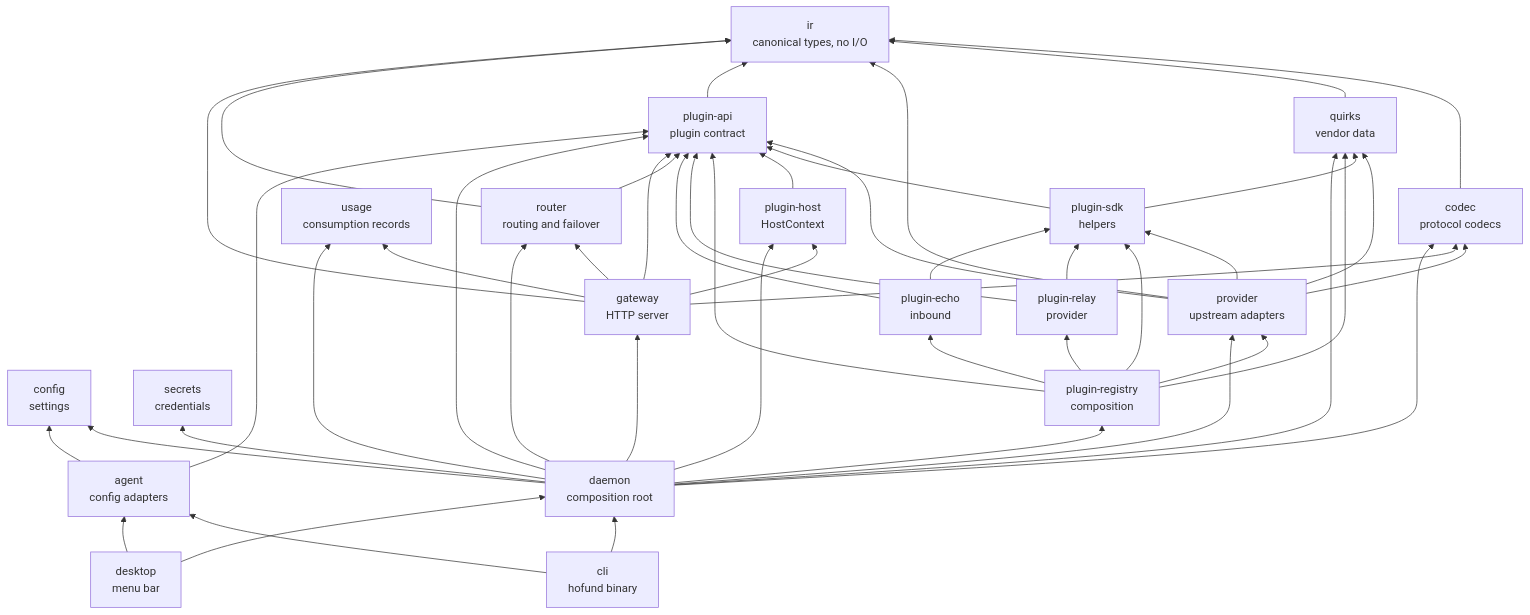
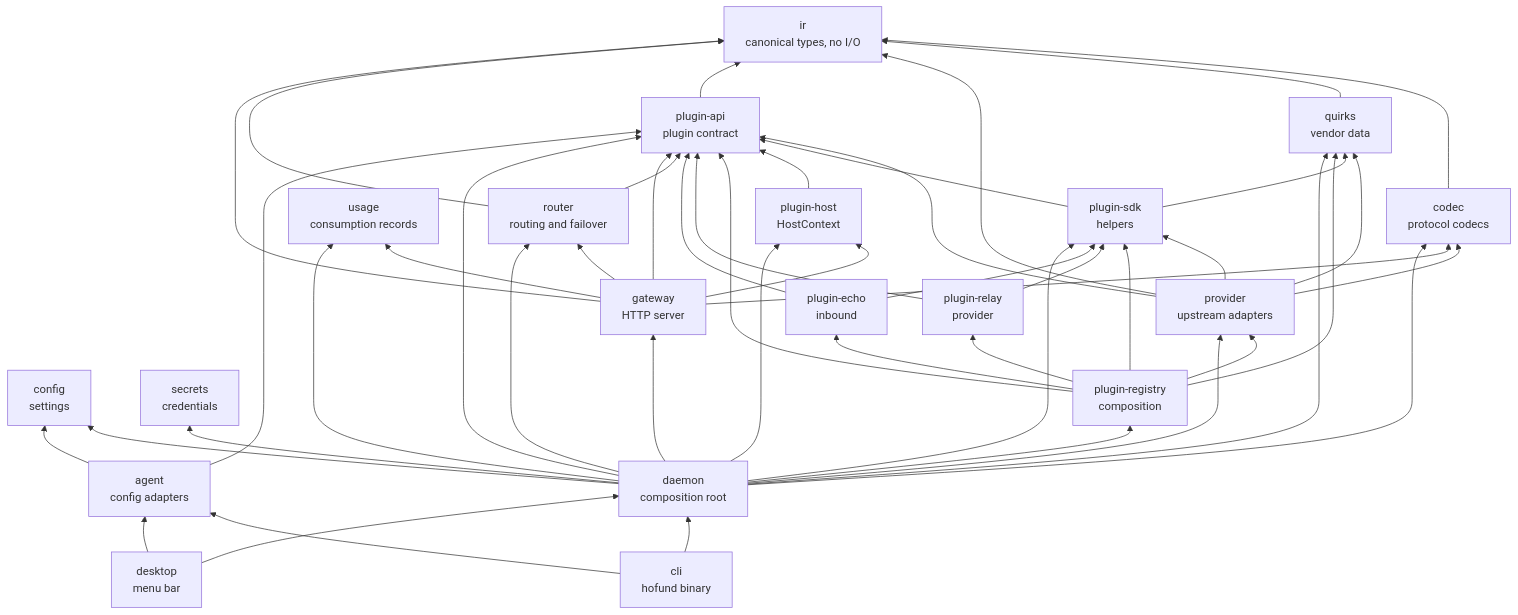
Before and after one commit to logibricks-io/open-heimdall-hofund: the diagram in docs/architecture.md, drawn with Mermaid. The commit also changed other lines of this file and 19 other files, not shown here.

````diff
--- a/docs/architecture.md
+++ b/docs/architecture.md
@@ -37,69 +37,70 @@
 ```mermaid
 flowchart BT
   ir["ir<br/>canonical types, no I/O"]
   codec["codec<br/>protocol codecs"]
   quirks["quirks<br/>vendor data"]
   provider["provider<br/>upstream adapters"]
   router["router<br/>routing and failover"]
   config["config<br/>settings"]
   secrets["secrets<br/>credentials"]
   usage["usage<br/>consumption records"]
   agent["agent<br/>config adapters"]
   pluginApi["plugin-api<br/>plugin contract"]
   pluginSdk["plugin-sdk<br/>helpers"]
   pluginHost["plugin-host<br/>HostContext"]
   pluginRegistry["plugin-registry<br/>composition"]
   pluginRelay["plugin-relay<br/>provider"]
   pluginEcho["plugin-echo<br/>inbound"]
   gateway["gateway<br/>HTTP server"]
   daemon["daemon<br/>composition root"]
   cli["cli<br/>hofund binary"]
   desktop["desktop<br/>menu bar"]
 
   codec --> ir
   quirks --> ir
   provider --> codec
   provider --> ir
   provider --> quirks
   provider --> pluginApi
   provider --> pluginSdk
   pluginApi --> ir
   pluginSdk --> pluginApi
   pluginSdk --> quirks
   pluginHost --> pluginApi
   pluginRegistry --> pluginApi
   pluginRegistry --> pluginSdk
   pluginRegistry --> pluginRelay
   pluginRegistry --> pluginEcho
   pluginRegistry --> provider
   pluginRegistry --> quirks
   pluginRelay --> pluginApi
   pluginRelay --> pluginSdk
   pluginEcho --> pluginApi
   pluginEcho --> pluginSdk
   router --> pluginApi
   router --> ir
   gateway --> router
   gateway --> codec
   gateway --> ir
   gateway --> usage
   gateway --> pluginApi
   gateway --> pluginHost
   daemon --> gateway
   daemon --> config
   daemon --> secrets
   daemon --> provider
   daemon --> codec
   daemon --> quirks
   daemon --> router
   daemon --> pluginApi
   daemon --> pluginHost
   daemon --> pluginRegistry
+  daemon --> pluginSdk
   daemon --> usage
   agent --> config
   agent --> pluginApi
   cli --> daemon
   cli --> agent
   desktop --> daemon
   desktop --> agent
 ```
````
